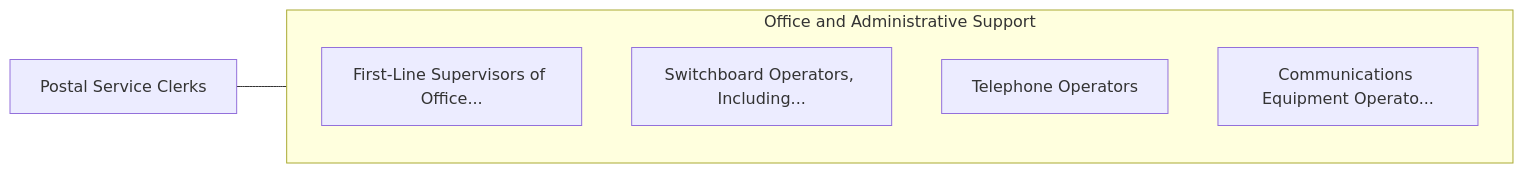
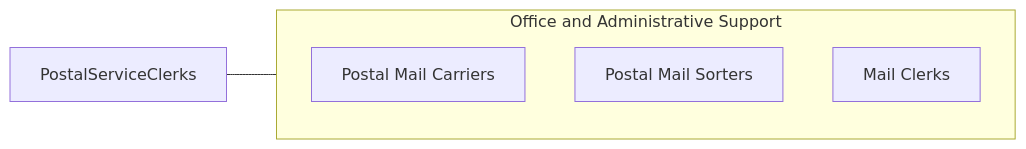
One commit to kziemski/business.org.ai changed the third of 3 diagrams in occupations/Administrative/PostalServiceClerks.mdx. Above: the diagram before and after it, drawn with Mermaid. The commit also changed other lines of this file and 938 other files, not shown here.

````diff
--- a/occupations/Administrative/PostalServiceClerks.mdx
+++ b/occupations/Administrative/PostalServiceClerks.mdx
@@ -104,13 +101,10 @@
 ```mermaid
 graph LR
-    Current["Postal Service Clerks"]
-
+    Current["PostalServiceClerks"]
     subgraph SameCategory["Office and Administrative Support"]
-        FirstLineSupervisors["First-Line Supervisors of Office..."]
-        SwitchboardOperators["Switchboard Operators, Including..."]
-        TelephoneOperators["Telephone Operators"]
-        CommunicationsEquipm["Communications Equipment Operato..."]
+        RMailCarriers["Postal Mail Carriers"]
+        RMailSorters["Postal Mail Sorters"]
+        RMailClerks["Mail Clerks"]
     end
-
     Current --- SameCategory
 ```
````
